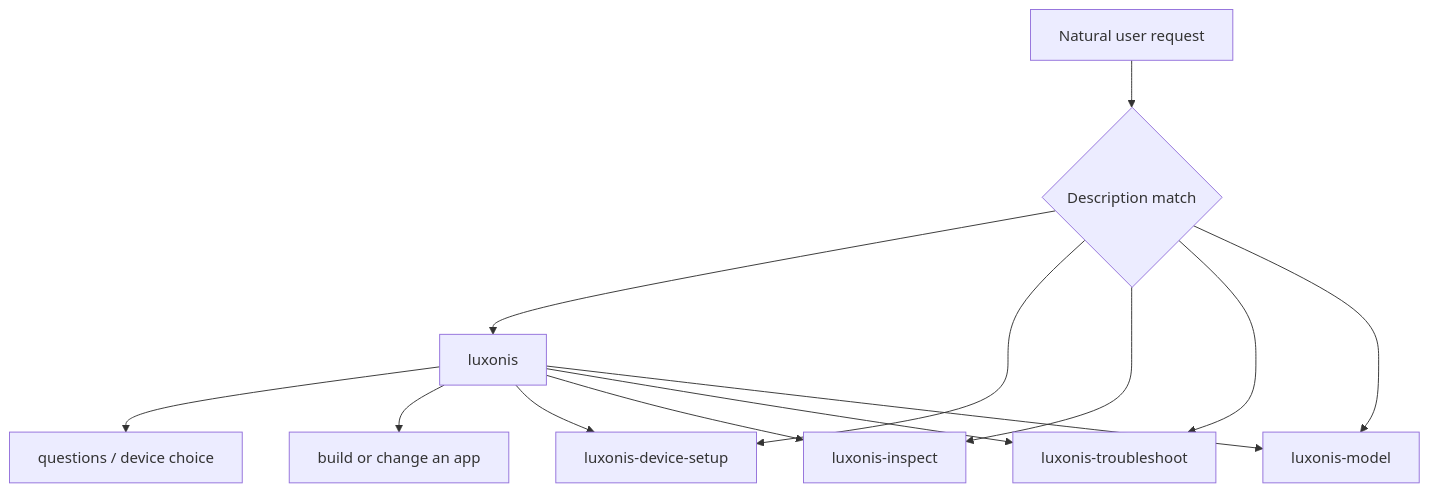
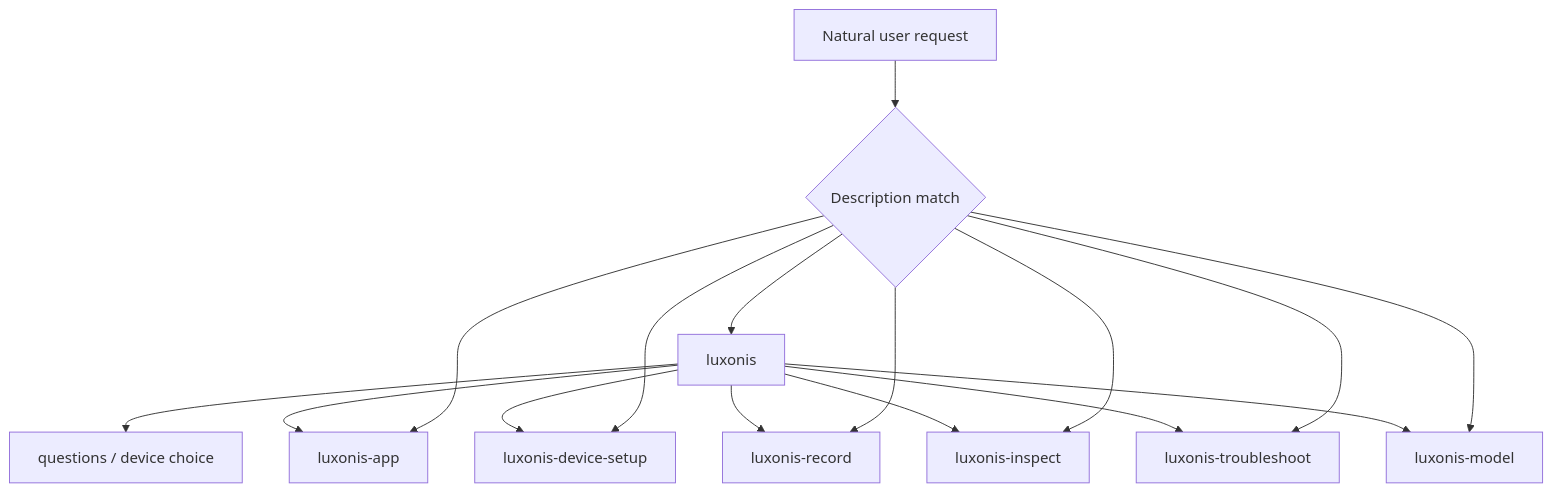
The diagram in docs/architecture.md (luxonis/skills), drawn with Mermaid before and after one commit. The commit also changed other lines of this file and 24 other files, not shown here.

````diff
--- a/docs/architecture.md
+++ b/docs/architecture.md
@@ -14,15 +14,18 @@
 ```mermaid
 flowchart TD
     U["Natural user request"] --> S{"Description match"}
     S --> L["luxonis"]
+    S --> A["luxonis-app"]
     S --> D["luxonis-device-setup"]
+    S --> R["luxonis-record"]
     S --> X["luxonis-inspect"]
     S --> T["luxonis-troubleshoot"]
     S --> M["luxonis-model"]
     L --> Q["questions / device choice"]
-    L --> A["build or change an app"]
+    L --> A
     L --> D
+    L --> R
     L --> X
     L --> T
     L --> M
 ```
````
